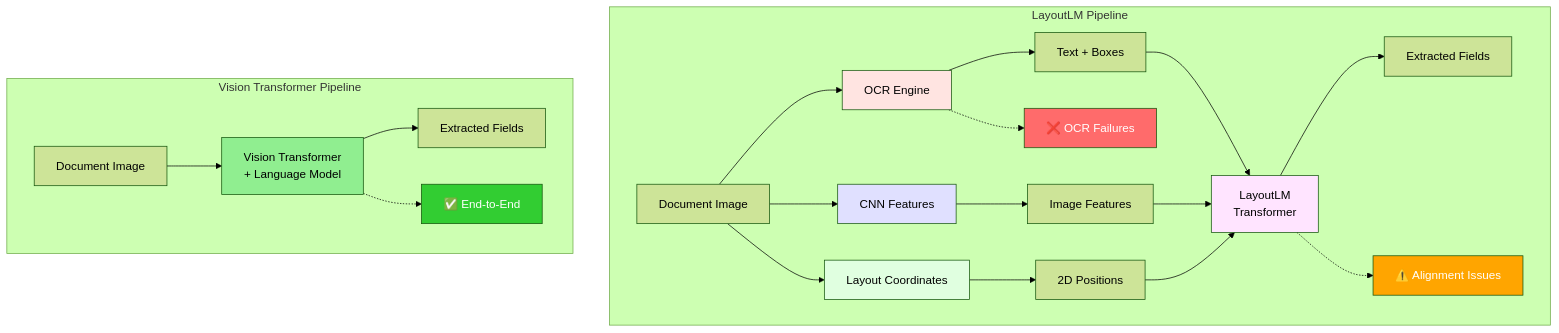
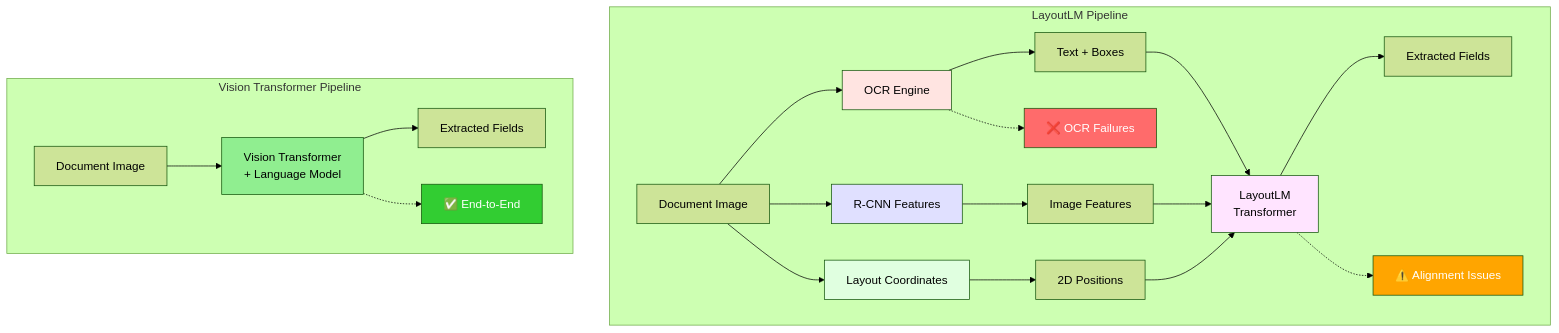
The second of 10 diagrams in presentation_materials/mermaid_diagrams.md (tmnestor/unified_vision_processor_minimal), drawn with Mermaid (forest theme) before and after one commit. The commit also changed other lines of this file and 111 other files, not shown here.

````diff
--- a/presentation_materials/mermaid_diagrams.md
+++ b/presentation_materials/mermaid_diagrams.md
@@ -33,34 +33,34 @@
 ```mermaid
 graph TB
     subgraph "LayoutLM Pipeline"
         L1[Document Image] --> L2[OCR Engine]
-        L1 --> L3[CNN Features]
+        L1 --> L3[R-CNN Features]
         L1 --> L4[Layout Coordinates]
         L2 --> L5[Text + Boxes]
         L3 --> L6[Image Features]
         L4 --> L7[2D Positions]
         L5 --> L8[LayoutLM<br/>Transformer]
         L6 --> L8
         L7 --> L8
         L8 --> L9[Extracted Fields]
         
         L2 -.-> LX1[❌ OCR Failures]
         L8 -.-> LX2[⚠️ Alignment Issues]
     end
     
     subgraph "Vision Transformer Pipeline"
         V1[Document Image] --> V2[Vision Transformer<br/>+ Language Model]
         V2 --> V3[Extracted Fields]
         V2 -.-> VX1[✅ End-to-End]
     end
     
     style L2 fill:#ffe4e1
     style L3 fill:#e0e0ff
     style L4 fill:#e0ffe0
     style L8 fill:#ffe4ff
     style LX1 fill:#ff6b6b,color:#fff
     style LX2 fill:#ffa500,color:#fff
     
     style V2 fill:#90ee90
     style VX1 fill:#32cd32,color:#fff
 ```
````
